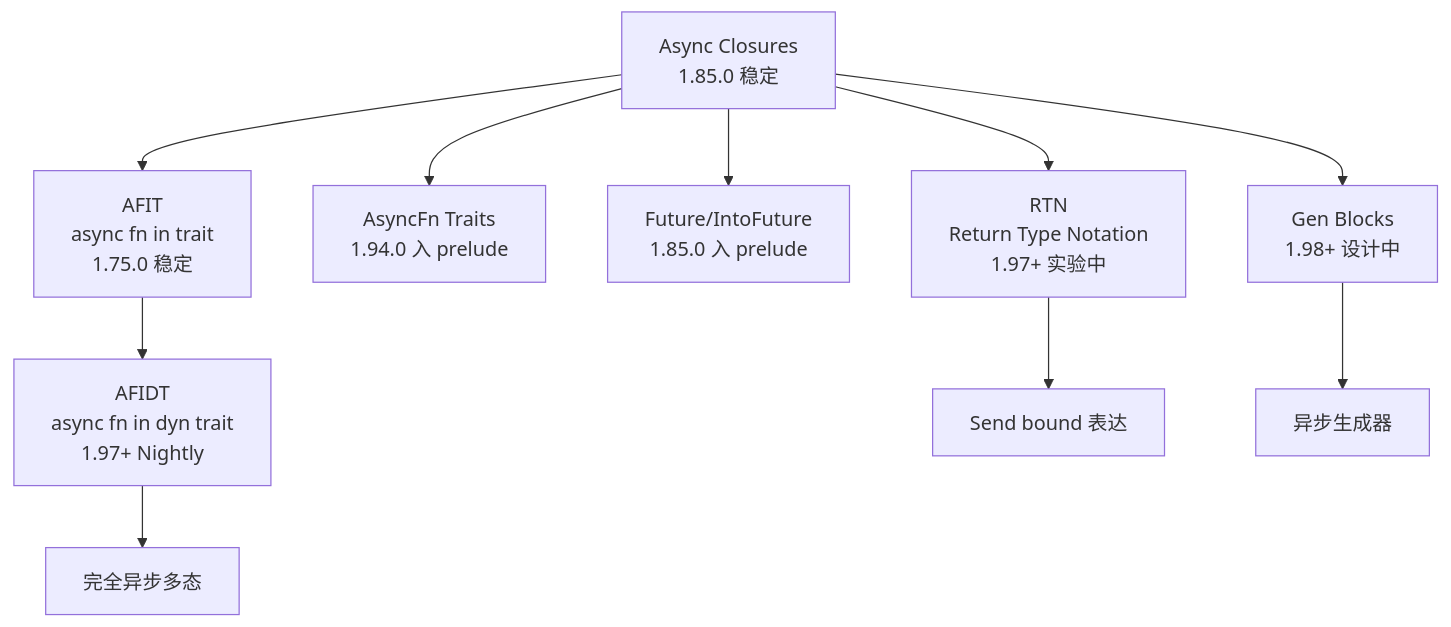
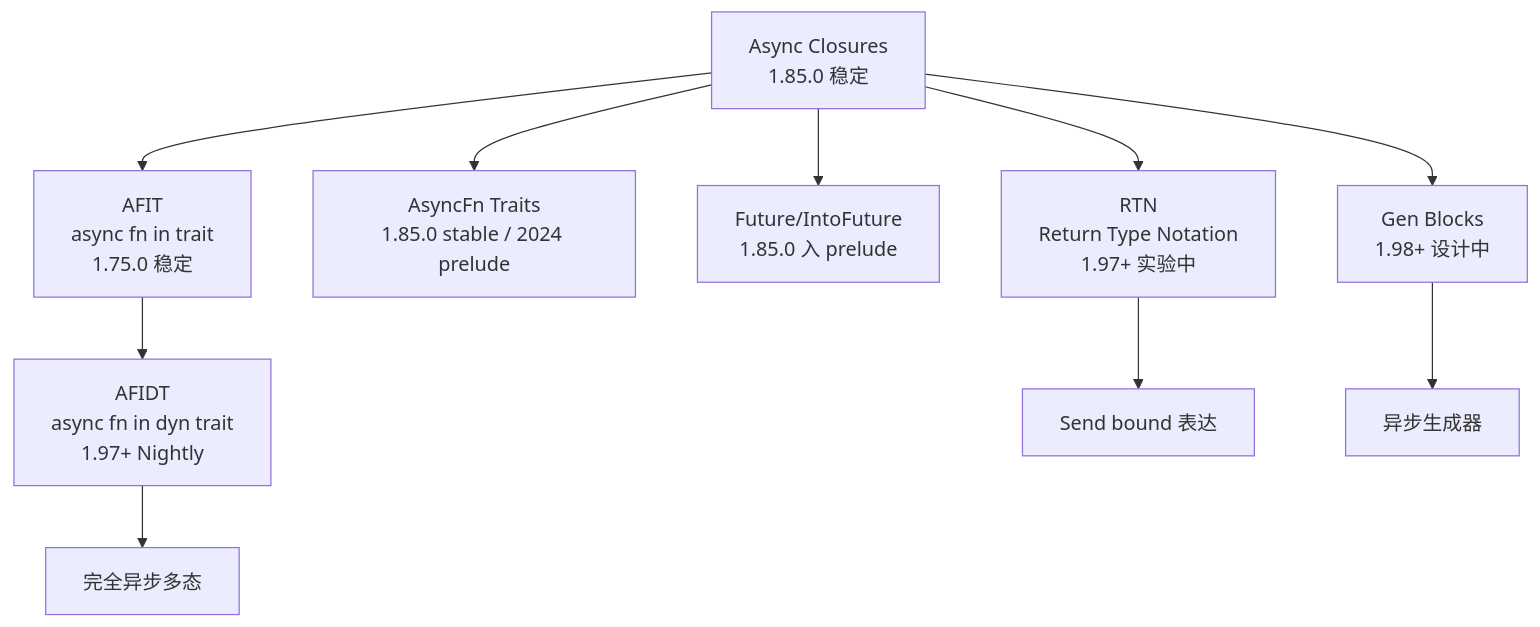
Before and after one commit to martin-ly/rust-lang: the third of 3 diagrams in crates/c06_async/docs/ASYNC_CLOSURES_GUIDE.md, drawn with Mermaid. The commit also changed other lines of this file and 715 other files, not shown here.

````diff
--- a/crates/c06_async/docs/ASYNC_CLOSURES_GUIDE.md
+++ b/crates/c06_async/docs/ASYNC_CLOSURES_GUIDE.md
@@ -378,14 +378,14 @@
 ```mermaid
 graph TD
     AC[Async Closures<br/>1.85.0 稳定] --> A1[AFIT<br/>async fn in trait<br/>1.75.0 稳定]
-    AC --> A2[AsyncFn Traits<br/>1.94.0 入 prelude]
+    AC --> A2[AsyncFn Traits<br/>1.85.0 stable / 2024 prelude]
     AC --> A3[Future/IntoFuture<br/>1.85.0 入 prelude]
 
     A1 --> B1[AFIDT<br/>async fn in dyn trait<br/>1.97+ Nightly]
     AC --> B2[RTN<br/>Return Type Notation<br/>1.97+ 实验中]
     AC --> B3[Gen Blocks<br/>1.98+ 设计中]
 
     B1 --> C1[完全异步多态]
     B2 --> C2[Send bound 表达]
     B3 --> C3[异步生成器]
 ```
````
